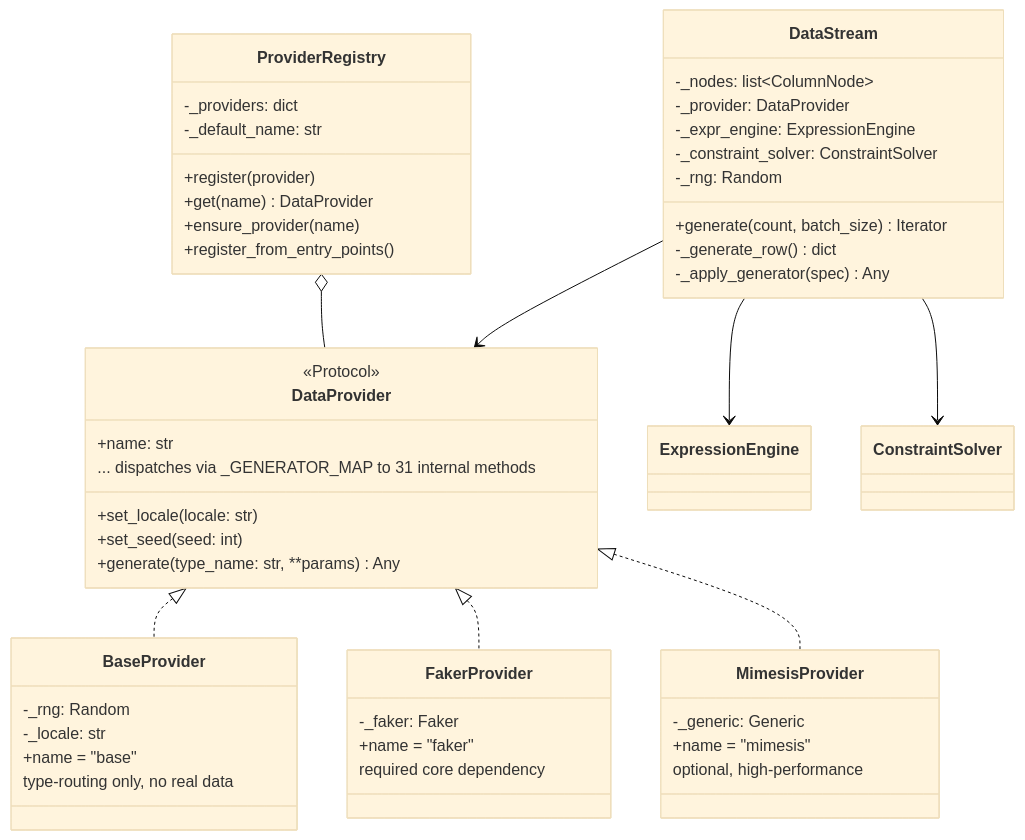
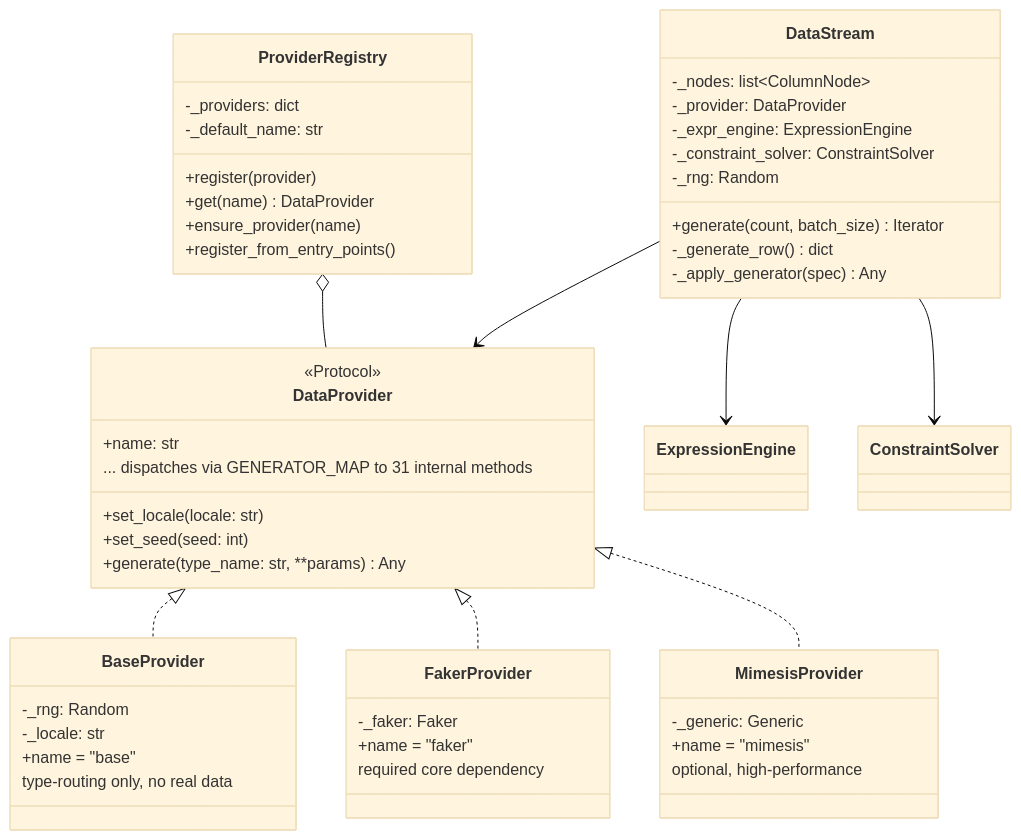
Before and after one commit to sunbos/sqlseed: the fourth of 11 diagrams in docs/architecture.md, drawn with Mermaid (base theme). The commit also changed 113 other files, not shown here.

````diff
--- a/docs/architecture.md
+++ b/docs/architecture.md
@@ -267,58 +267,58 @@
 ```mermaid
 classDiagram
     class DataProvider {
         <<Protocol>>
         +name: str
         +set_locale(locale: str)
         +set_seed(seed: int)
         +generate(type_name: str, **params) Any
-        ... dispatches via _GENERATOR_MAP to 31 internal methods
+        ... dispatches via GENERATOR_MAP to 31 internal methods
     }
 
     class BaseProvider {
         -_rng: Random
         -_locale: str
         +name = "base"
         type-routing only, no real data
     }
 
     class FakerProvider {
         -_faker: Faker
         +name = "faker"
         required core dependency
     }
 
     class MimesisProvider {
         -_generic: Generic
         +name = "mimesis"
         optional, high-performance
     }
 
     class ProviderRegistry {
         -_providers: dict
         -_default_name: str
         +register(provider)
         +get(name) DataProvider
         +ensure_provider(name)
         +register_from_entry_points()
     }
 
     class DataStream {
         -_nodes: list~ColumnNode~
         -_provider: DataProvider
         -_expr_engine: ExpressionEngine
         -_constraint_solver: ConstraintSolver
         -_rng: Random
         +generate(count, batch_size) Iterator
         -_generate_row() dict
         -_apply_generator(spec) Any
     }
 
     DataProvider <|.. BaseProvider
     DataProvider <|.. FakerProvider
     DataProvider <|.. MimesisProvider
     ProviderRegistry o-- DataProvider
     DataStream --> DataProvider
     DataStream --> ExpressionEngine
     DataStream --> ConstraintSolver
 ```
````
